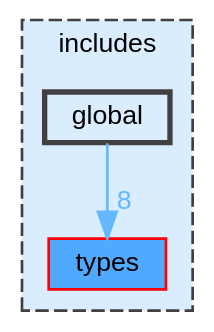
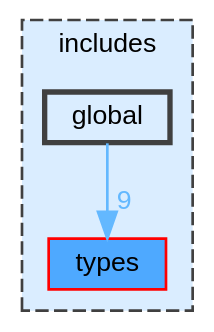
One commit to JS-CMP/JS-CMP changed the diagram in dir_ab3240e1f48e07e7724fe257c5d3746b_dep.dot. Above: the diagram before and after it, drawn with Graphviz. The commit also changed 94 other files, not shown here.

```diff
--- a/dir_ab3240e1f48e07e7724fe257c5d3746b_dep.dot
+++ b/dir_ab3240e1f48e07e7724fe257c5d3746b_dep.dot
@@ -1,14 +1,14 @@
 digraph "includes/global"
 {
  // LATEX_PDF_SIZE
   bgcolor="transparent";
   edge [fontname=Helvetica,fontsize=10,labelfontname=Helvetica,labelfontsize=10];
   node [fontname=Helvetica,fontsize=10,shape=box,height=0.2,width=0.4];
   compound=true
   subgraph clusterdir_09e761304027c904456130627fd4dcf5 {
     graph [ bgcolor="#daedff", pencolor="grey25", label="includes", fontname=Helvetica,fontsize=10 style="filled,dashed", URL="dir_09e761304027c904456130627fd4dcf5.html",tooltip=""]
   dir_00373071588607d1d83d0faa600e52a0 [label="types", fillcolor="#4ea9ff", color="red", style="filled", URL="dir_00373071588607d1d83d0faa600e52a0.html",tooltip=""];
   dir_ab3240e1f48e07e7724fe257c5d3746b [label="global", fillcolor="#daedff", color="grey25", style="filled,bold", URL="dir_ab3240e1f48e07e7724fe257c5d3746b.html",tooltip=""];
   }
-  dir_ab3240e1f48e07e7724fe257c5d3746b->dir_00373071588607d1d83d0faa600e52a0 [headlabel="8", labeldistance=1.5 headhref="dir_000007_000026.html" href="dir_000007_000026.html" color="steelblue1" fontcolor="steelblue1"];
+  dir_ab3240e1f48e07e7724fe257c5d3746b->dir_00373071588607d1d83d0faa600e52a0 [headlabel="9", labeldistance=1.5 headhref="dir_000007_000026.html" href="dir_000007_000026.html" color="steelblue1" fontcolor="steelblue1"];
 }
```
